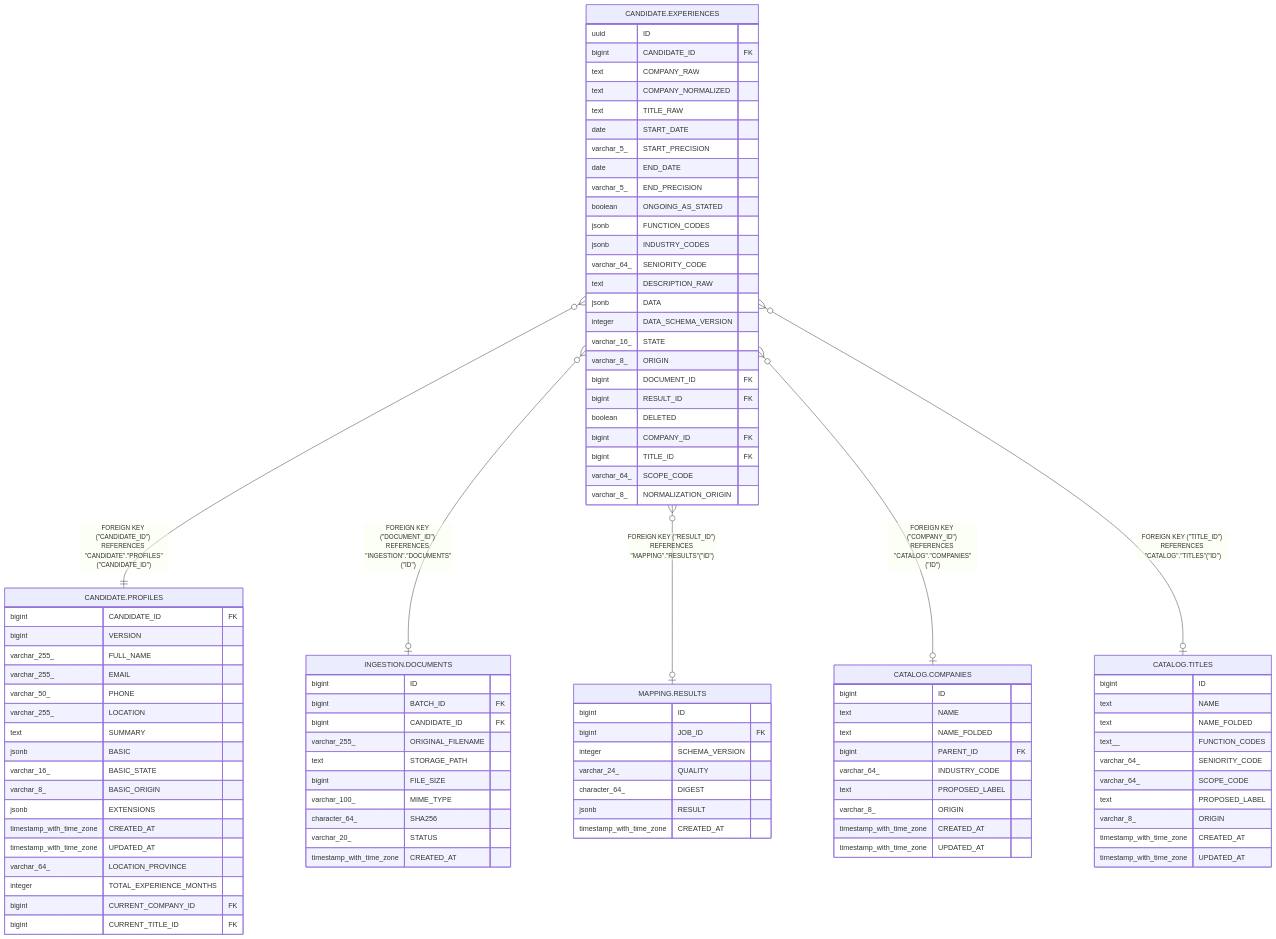
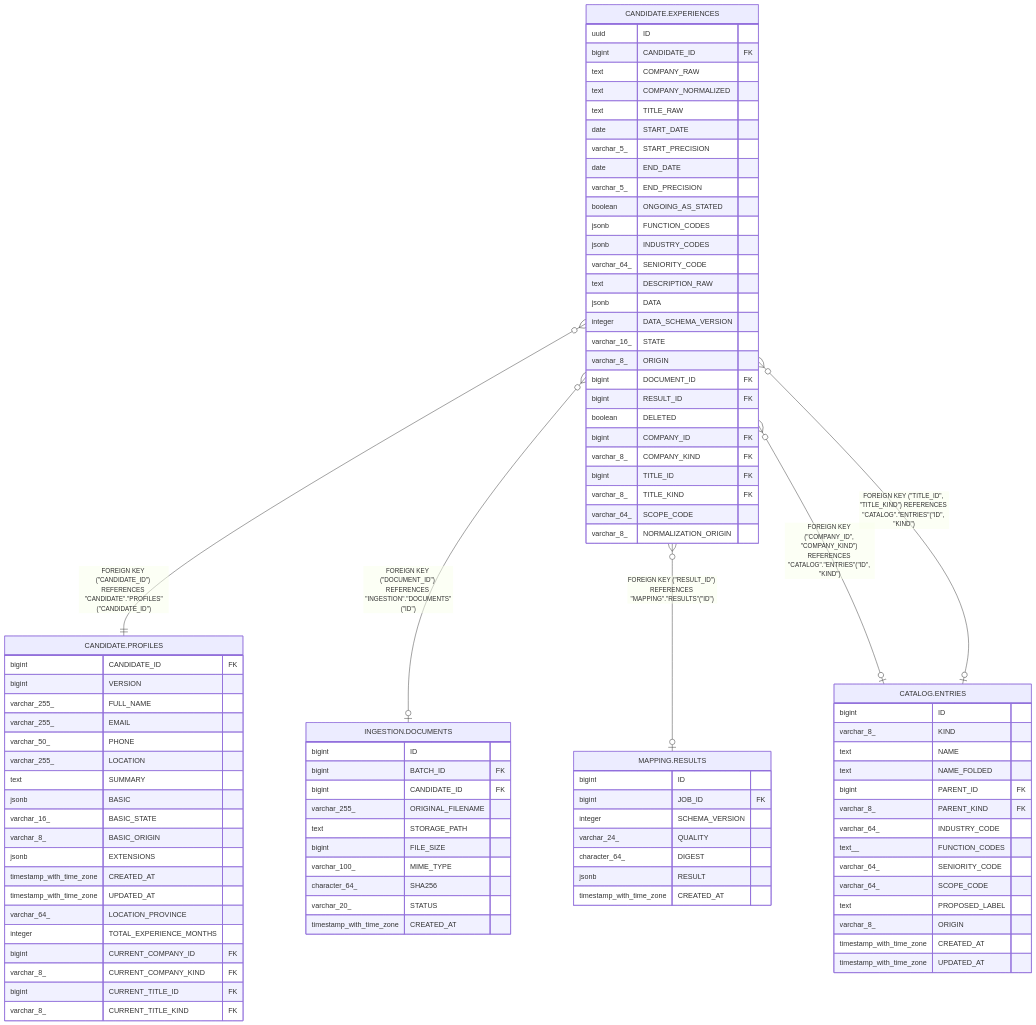
Before and after one commit to happidude/cv-compass: the diagram in docs/db/CANDIDATE.EXPERIENCES.md, drawn with Mermaid. The commit also changed other lines of this file and 31 other files, not shown here.

First line of the commit message:
refactor(catalog): merge catalog tables into entries and aliases

```diff
--- a/docs/db/CANDIDATE.EXPERIENCES.md
+++ b/docs/db/CANDIDATE.EXPERIENCES.md
@@ -69,8 +71,8 @@
 "CANDIDATE.EXPERIENCES" }o--|| "CANDIDATE.PROFILES" : "FOREIGN KEY (#quot;CANDIDATE_ID#quot;) REFERENCES #quot;CANDIDATE#quot;.#quot;PROFILES#quot;(#quot;CANDIDATE_ID#quot;)"
 "CANDIDATE.EXPERIENCES" }o--o| "INGESTION.DOCUMENTS" : "FOREIGN KEY (#quot;DOCUMENT_ID#quot;) REFERENCES #quot;INGESTION#quot;.#quot;DOCUMENTS#quot;(#quot;ID#quot;)"
 "CANDIDATE.EXPERIENCES" }o--o| "MAPPING.RESULTS" : "FOREIGN KEY (#quot;RESULT_ID#quot;) REFERENCES #quot;MAPPING#quot;.#quot;RESULTS#quot;(#quot;ID#quot;)"
-"CANDIDATE.EXPERIENCES" }o--o| "CATALOG.COMPANIES" : "FOREIGN KEY (#quot;COMPANY_ID#quot;) REFERENCES #quot;CATALOG#quot;.#quot;COMPANIES#quot;(#quot;ID#quot;)"
-"CANDIDATE.EXPERIENCES" }o--o| "CATALOG.TITLES" : "FOREIGN KEY (#quot;TITLE_ID#quot;) REFERENCES #quot;CATALOG#quot;.#quot;TITLES#quot;(#quot;ID#quot;)"
+"CANDIDATE.EXPERIENCES" }o--o| "CATALOG.ENTRIES" : "FOREIGN KEY (#quot;COMPANY_ID#quot;, #quot;COMPANY_KIND#quot;) REFERENCES #quot;CATALOG#quot;.#quot;ENTRIES#quot;(#quot;ID#quot;, #quot;KIND#quot;)"
+"CANDIDATE.EXPERIENCES" }o--o| "CATALOG.ENTRIES" : "FOREIGN KEY (#quot;TITLE_ID#quot;, #quot;TITLE_KIND#quot;) REFERENCES #quot;CATALOG#quot;.#quot;ENTRIES#quot;(#quot;ID#quot;, #quot;KIND#quot;)"
 
 "CANDIDATE.EXPERIENCES" {
   uuid ID
@@ -95,7 +97,9 @@
   bigint RESULT_ID FK
   boolean DELETED
   bigint COMPANY_ID FK
+  varchar_8_ COMPANY_KIND FK
   bigint TITLE_ID FK
+  varchar_8_ TITLE_KIND FK
   varchar_64_ SCOPE_CODE
   varchar_8_ NORMALIZATION_ORIGIN
 }
@@ -116,7 +120,9 @@
   varchar_64_ LOCATION_PROVINCE
   integer TOTAL_EXPERIENCE_MONTHS
   bigint CURRENT_COMPANY_ID FK
+  varchar_8_ CURRENT_COMPANY_KIND FK
   bigint CURRENT_TITLE_ID FK
+  varchar_8_ CURRENT_TITLE_KIND FK
 }
 "INGESTION.DOCUMENTS" {
   bigint ID
@@ -139,21 +145,14 @@
   jsonb RESULT
   timestamp_with_time_zone CREATED_AT
 }
-"CATALOG.COMPANIES" {
+"CATALOG.ENTRIES" {
   bigint ID
+  varchar_8_ KIND
   text NAME
   text NAME_FOLDED
   bigint PARENT_ID FK
+  varchar_8_ PARENT_KIND FK
   varchar_64_ INDUSTRY_CODE
-  text PROPOSED_LABEL
-  varchar_8_ ORIGIN
-  timestamp_with_time_zone CREATED_AT
-  timestamp_with_time_zone UPDATED_AT
-}
-"CATALOG.TITLES" {
-  bigint ID
-  text NAME
-  text NAME_FOLDED
   text__ FUNCTION_CODES
   varchar_64_ SENIORITY_CODE
   varchar_64_ SCOPE_CODE
```
